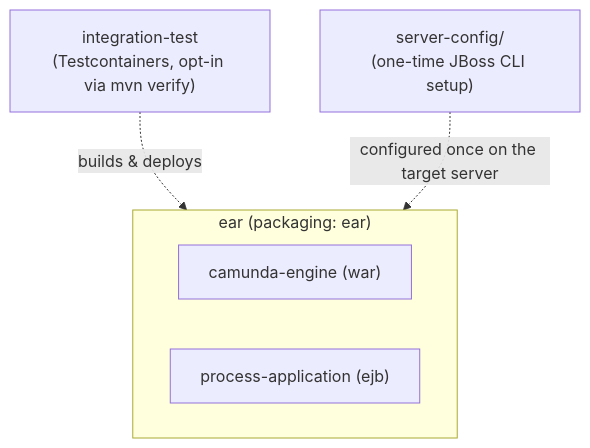
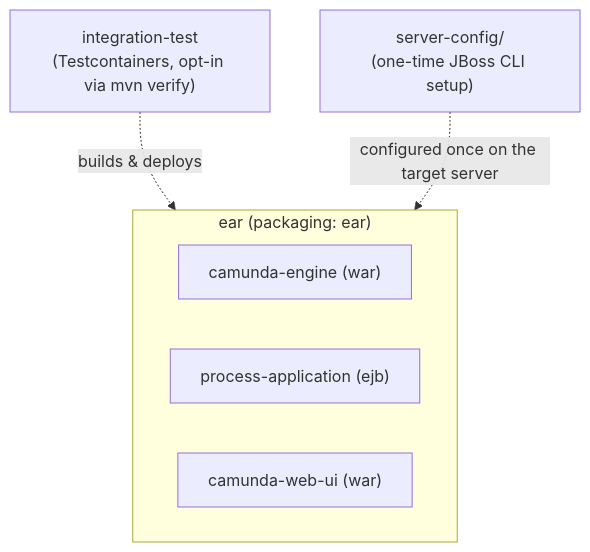
Before and after one commit to nyuuyn/camunda-7-on-jboss-as-ear: the diagram in docs/arc42/05-building-block-view.md, drawn with Mermaid. The commit also changed other lines of this file and 15 other files, not shown here.

First line of the commit message:
Add camunda-web-ui module for Cockpit, Tasklist, and Admin

````diff
--- a/docs/arc42/05-building-block-view.md
+++ b/docs/arc42/05-building-block-view.md
@@ -7,12 +7,13 @@
 ```mermaid
 flowchart TB
     subgraph ear["ear (packaging: ear)"]
         ce["camunda-engine (war)"]
         pa["process-application (ejb)"]
+        wu["camunda-web-ui (war)"]
     end
     it["integration-test\n(Testcontainers, opt-in via mvn verify)"]
     sc["server-config/\n(one-time JBoss CLI setup)"]
 
     it -.builds & deploys.-> ear
     sc -.configured once on the target server.-> ear
 ```
````
